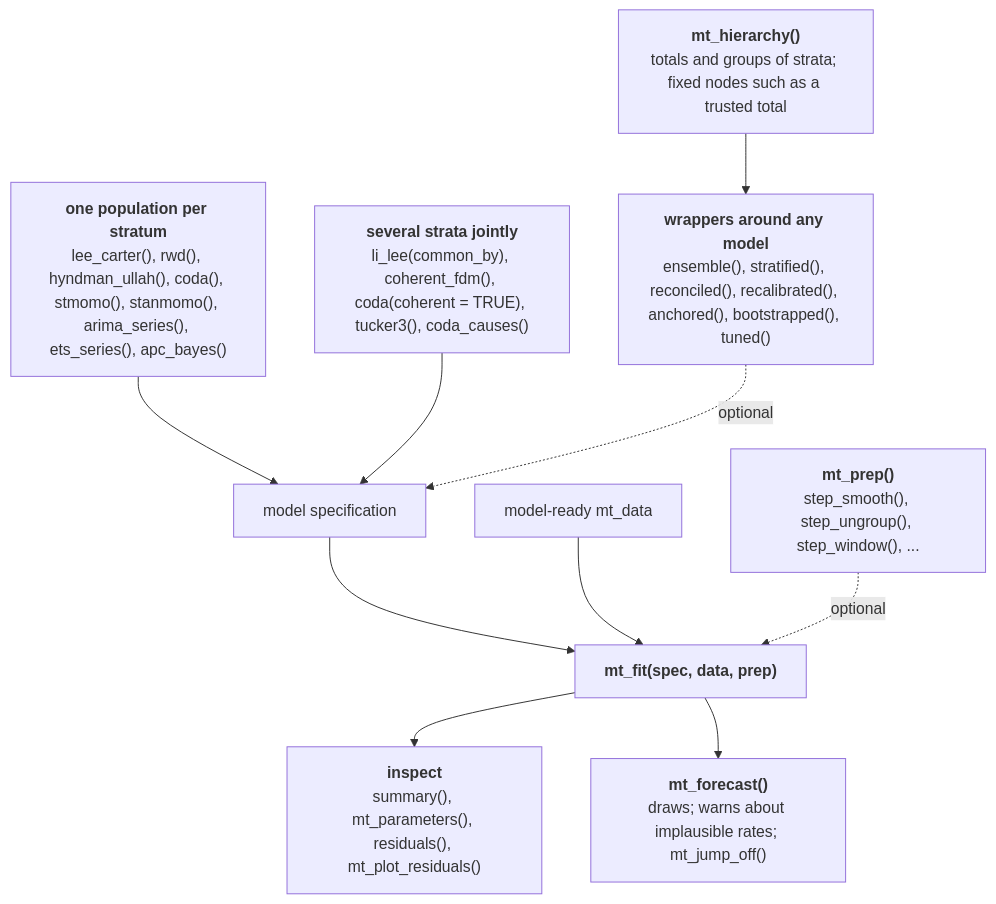
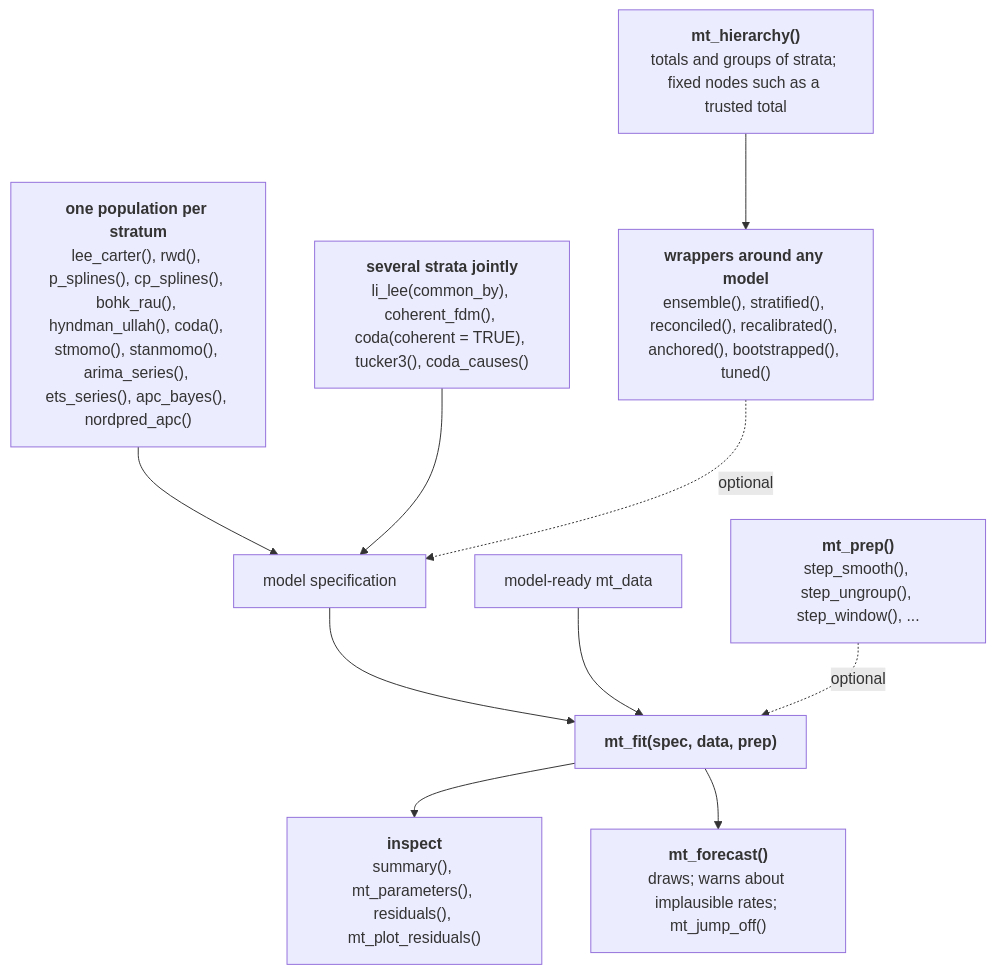
Before and after one commit to kalleEF/mortensor: the diagram in dev/diagrams/function-map-models.mmd, drawn with Mermaid. The commit also changed 11 other files, not shown here.

```diff
--- a/dev/diagrams/function-map-models.mmd
+++ b/dev/diagrams/function-map-models.mmd
@@ -1,27 +1,27 @@
 flowchart TD
   ONE["`**one population per stratum**
-  lee_carter(), rwd(), hyndman_ullah(), coda(), stmomo(), stanmomo(), arima_series(), ets_series(), apc_bayes()`"]
+  lee_carter(), rwd(), p_splines(), cp_splines(), bohk_rau(), hyndman_ullah(), coda(), stmomo(), stanmomo(), arima_series(), ets_series(), apc_bayes(), nordpred_apc()`"]
   MANY["`**several strata jointly**
   li_lee(common_by), coherent_fdm(), coda(coherent = TRUE), tucker3(), coda_causes()`"]
   H["`**mt_hierarchy()**
   totals and groups of strata; fixed nodes such as a trusted total`"]
   WRAP["`**wrappers around any model**
   ensemble(), stratified(), reconciled(), recalibrated(), anchored(), bootstrapped(), tuned()`"]
   SPEC["model specification"]
   M["model-ready mt_data"]
   PREP["`**mt_prep()**
   step_smooth(), step_ungroup(), step_window(), ...`"]
   FIT["`**mt_fit(spec, data, prep)**`"]
   INS["`**inspect**
   summary(), mt_parameters(), residuals(), mt_plot_residuals()`"]
   FC["`**mt_forecast()**
   draws; warns about implausible rates; mt_jump_off()`"]
   ONE --> SPEC
   MANY --> SPEC
   H --> WRAP
   WRAP -. "optional" .-> SPEC
   SPEC --> FIT
   M --> FIT
   PREP -. "optional" .-> FIT
   FIT --> INS
   FIT --> FC
```
